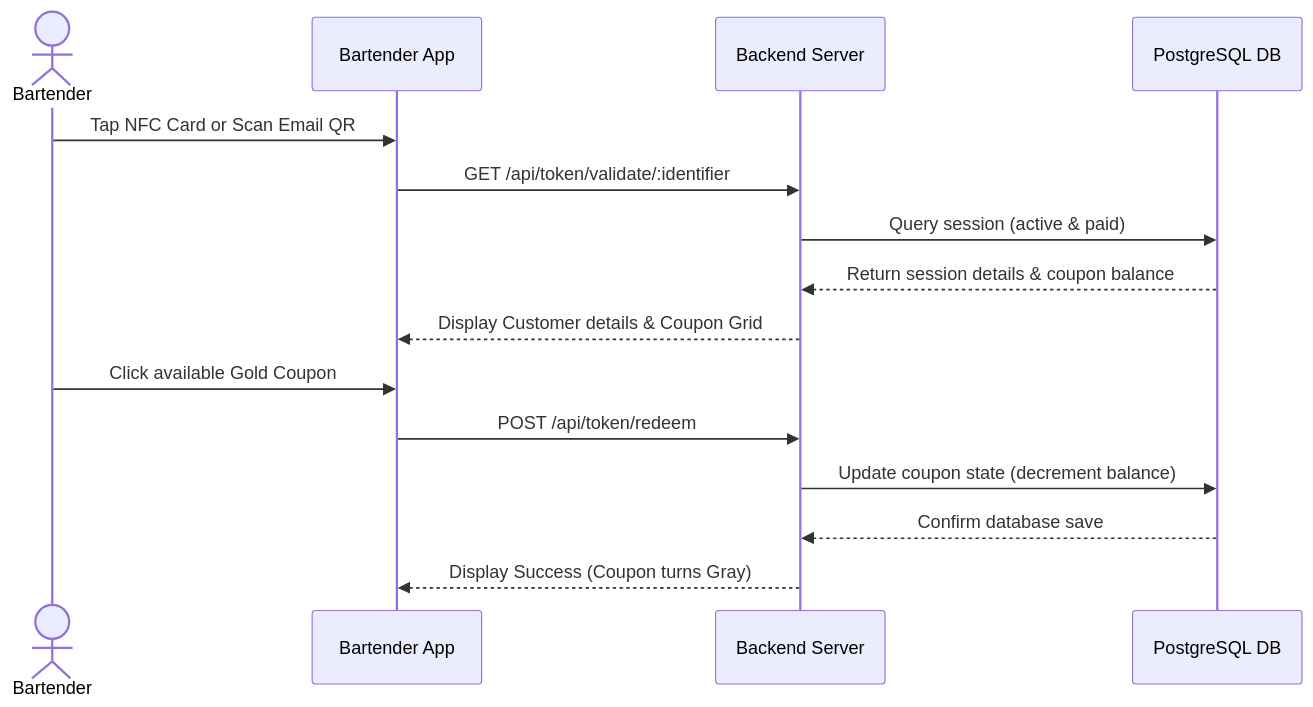
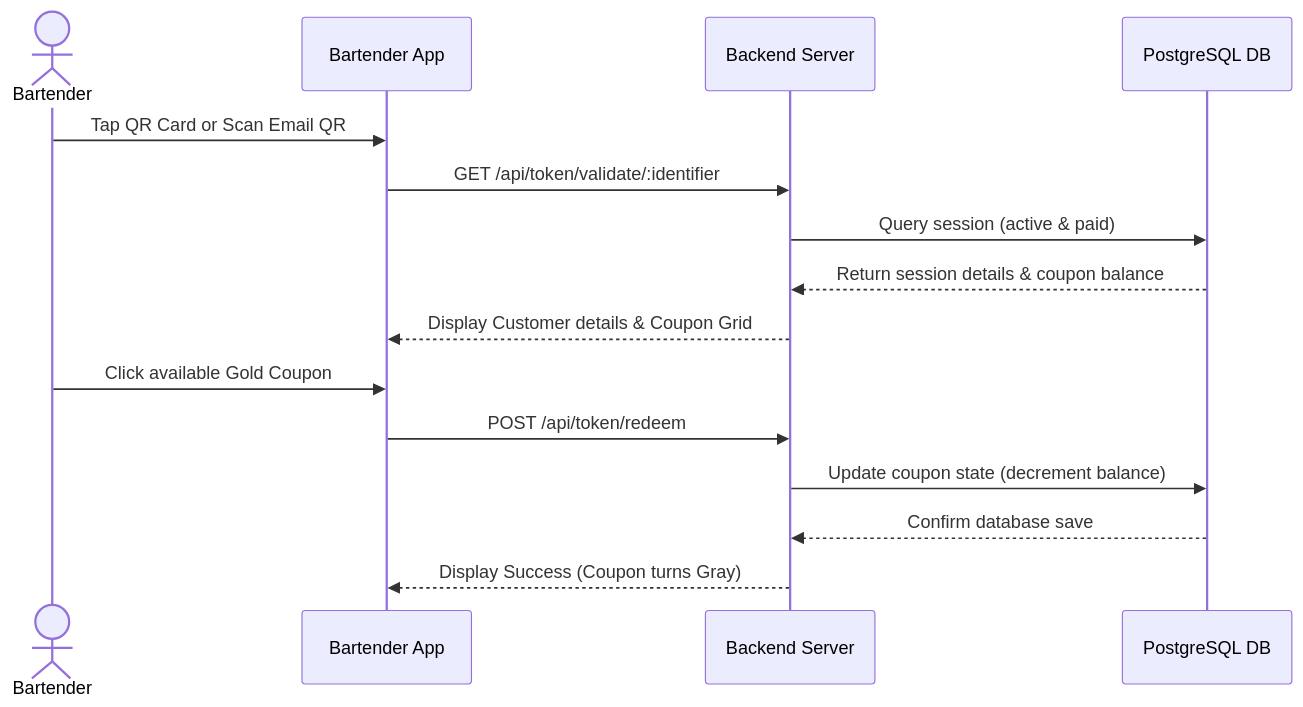
The fourth of 8 diagrams in workflow.md (divyanscloudshiftsolutions/F-B-Registration), drawn with Mermaid before and after one commit. The commit also changed other lines of this file and 70 other files, not shown here.

````diff
--- a/workflow.md
+++ b/workflow.md
@@ -207,18 +207,18 @@
 ```mermaid
 sequenceDiagram
     actor Bartender
     participant App as Bartender App
     participant API as Backend Server
     participant DB as PostgreSQL DB
 
-    Bartender->>App: Tap NFC Card or Scan Email QR
+    Bartender->>App: Tap QR Card or Scan Email QR
     App->>API: GET /api/token/validate/:identifier
     API->>DB: Query session (active & paid)
     DB-->>API: Return session details & coupon balance
     API-->>App: Display Customer details & Coupon Grid
     Bartender->>App: Click available Gold Coupon
     App->>API: POST /api/token/redeem
     API->>DB: Update coupon state (decrement balance)
     DB-->>API: Confirm database save
     API-->>App: Display Success (Coupon turns Gray)
 ```
````
